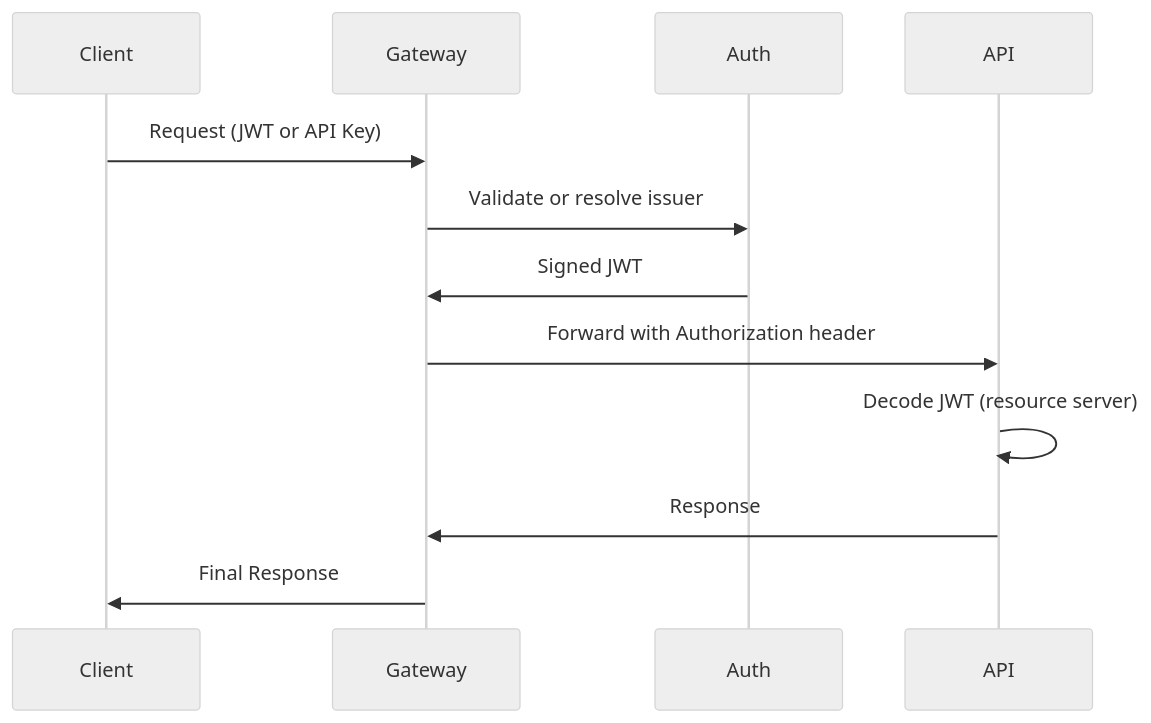
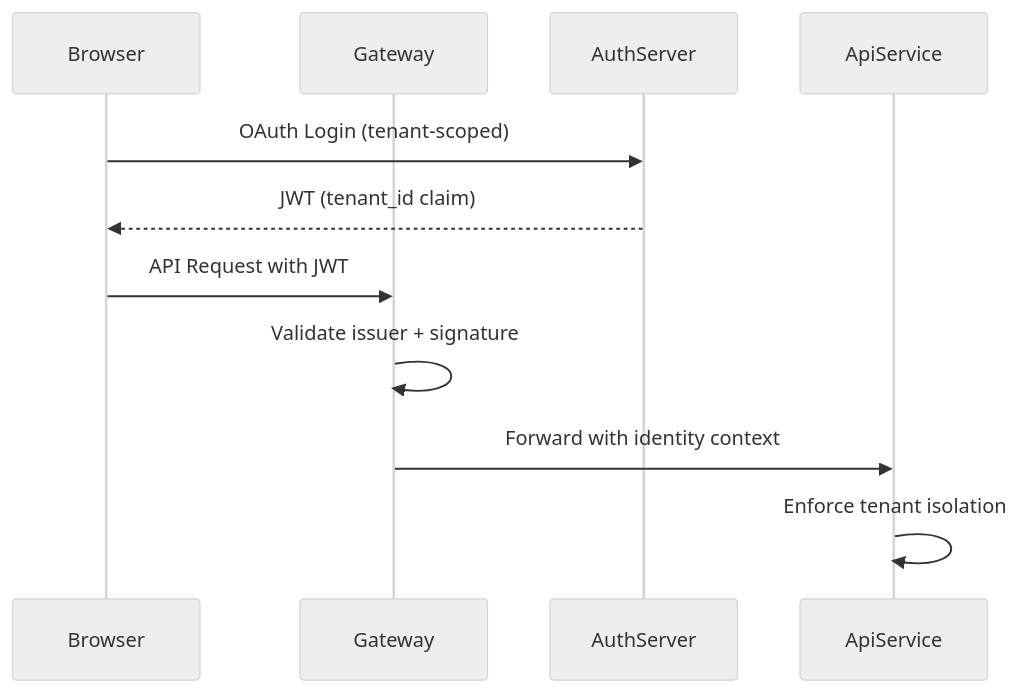
The third of 5 diagrams in docs/architecture/README.md (Praesto-Pro/openframe-oss-tenant), drawn with Mermaid (neutral theme) before and after one commit. The commit also changed other lines of this file and 344 other files, not shown here.

````diff
--- a/docs/architecture/README.md
+++ b/docs/architecture/README.md
@@ -82,15 +117,14 @@
 ```mermaid
 sequenceDiagram
-    participant Client
+    participant Browser
     participant Gateway
-    participant Auth
-    participant API
+    participant AuthServer
+    participant ApiService
 
-    Client->>Gateway: Request (JWT or API Key)
-    Gateway->>Auth: Validate or resolve issuer
-    Auth->>Gateway: Signed JWT
-    Gateway->>API: Forward with Authorization header
-    API->>API: Decode JWT (resource server)
-    API->>Gateway: Response
-    Gateway->>Client: Final Response
+    Browser->>AuthServer: OAuth Login (tenant-scoped)
+    AuthServer-->>Browser: JWT (tenant_id claim)
+    Browser->>Gateway: API Request with JWT
+    Gateway->>Gateway: Validate issuer + signature
+    Gateway->>ApiService: Forward with identity context
+    ApiService->>ApiService: Enforce tenant isolation
 ```
````
